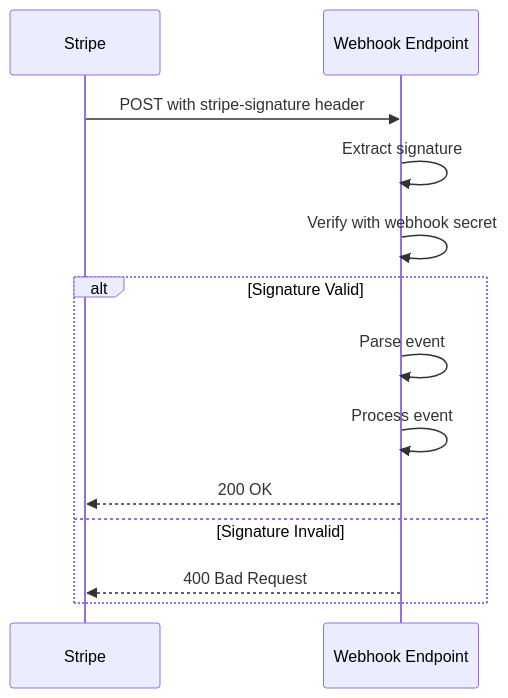
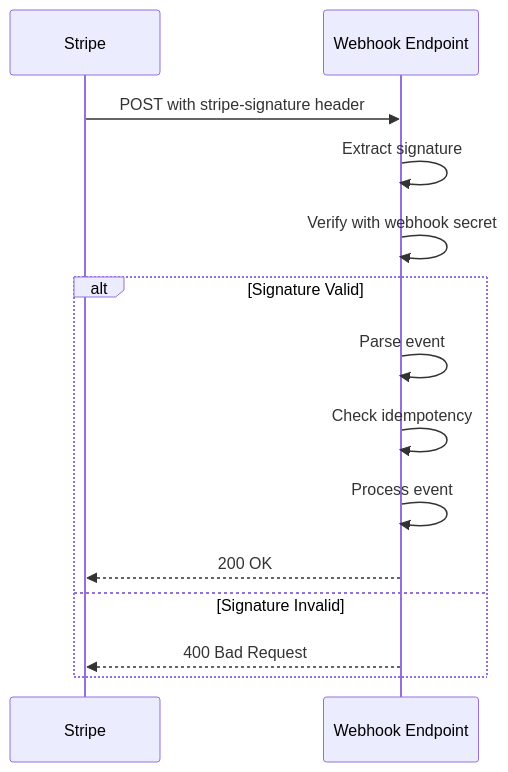
One commit to ColdstartLabs-ca/astro-saas-boilerplate changed the seventh of 7 diagrams in docs/technical/systems/subscription-system.md. Above: the diagram before and after it, drawn with Mermaid. The commit also changed other lines of this file and 8 other files, not shown here.

````diff
--- a/docs/technical/systems/subscription-system.md
+++ b/docs/technical/systems/subscription-system.md
@@ -995,17 +641,18 @@
 ```mermaid
 sequenceDiagram
     participant S as Stripe
     participant W as Webhook Endpoint
 
     S->>W: POST with stripe-signature header
     W->>W: Extract signature
     W->>W: Verify with webhook secret
 
     alt Signature Valid
         W->>W: Parse event
+        W->>W: Check idempotency
         W->>W: Process event
         W-->>S: 200 OK
     else Signature Invalid
         W-->>S: 400 Bad Request
     end
 ```
````
